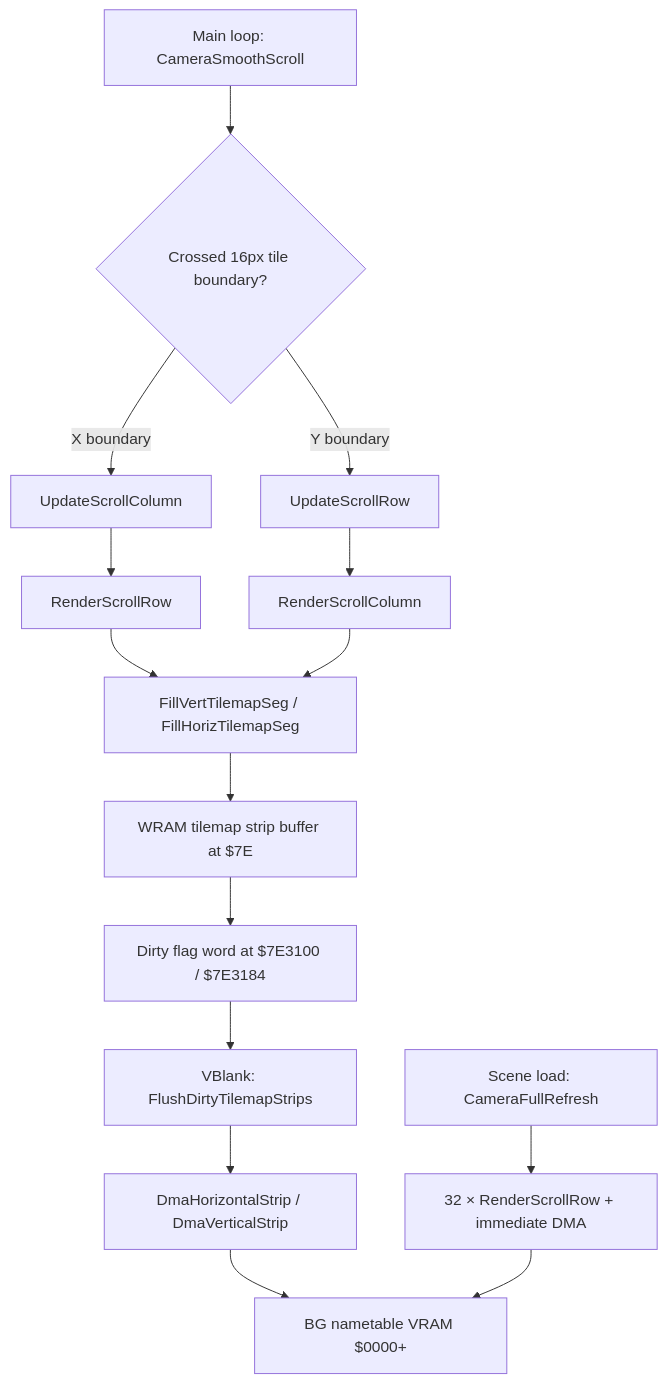
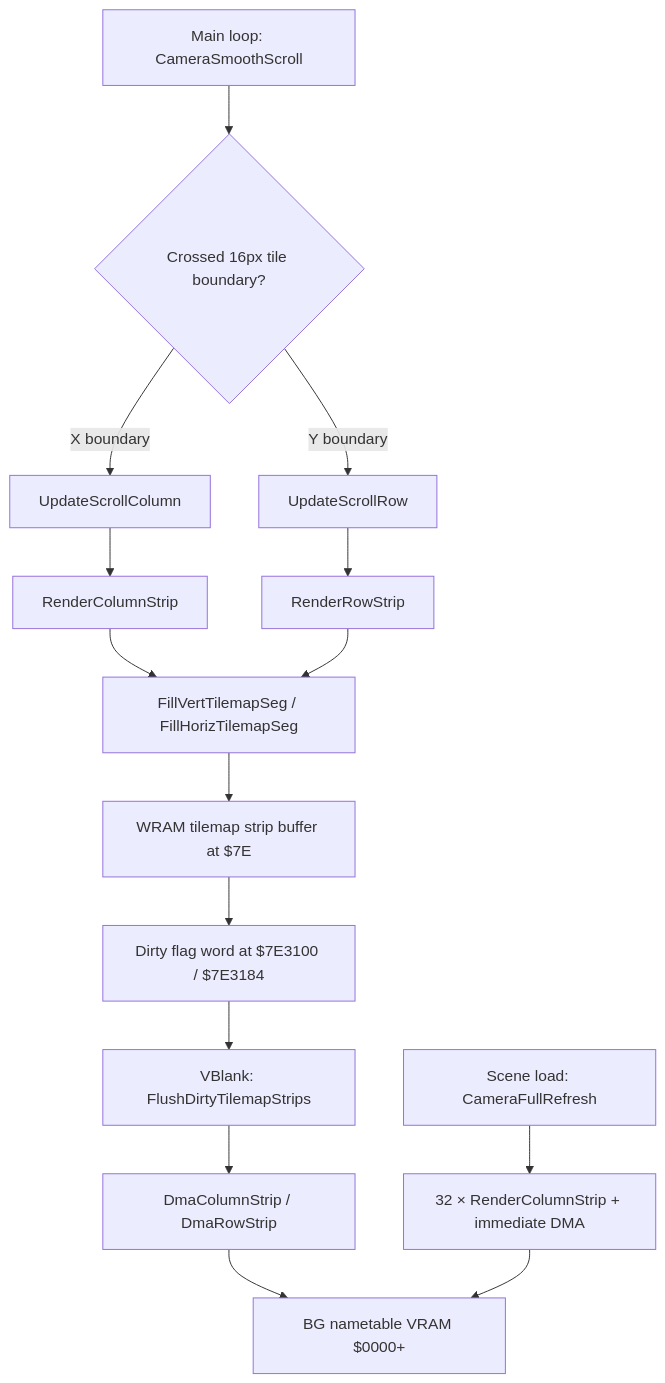
One commit to Azarem/gaia-iog-baserom changed the first of 2 diagrams in docs/code/bank02/camera-scrolling.md. Above: the diagram before and after it, drawn with Mermaid. The commit also changed other lines of this file and 228 other files, not shown here.

````diff
--- a/docs/code/bank02/camera-scrolling.md
+++ b/docs/code/bank02/camera-scrolling.md
@@ -77,17 +77,17 @@
 ```mermaid
 flowchart TD
     A[Main loop: CameraSmoothScroll] --> B{Crossed 16px tile boundary?}
     B -->|X boundary| C[UpdateScrollColumn]
     B -->|Y boundary| D[UpdateScrollRow]
-    C --> E[RenderScrollRow]
-    D --> F[RenderScrollColumn]
+    C --> E[RenderColumnStrip]
+    D --> F[RenderRowStrip]
     E --> G[FillVertTilemapSeg / FillHorizTilemapSeg]
     F --> G
     G --> H[WRAM tilemap strip buffer at $7E]
     H --> I[Dirty flag word at $7E3100 / $7E3184]
     I --> J[VBlank: FlushDirtyTilemapStrips]
-    J --> K[DmaHorizontalStrip / DmaVerticalStrip]
+    J --> K[DmaColumnStrip / DmaRowStrip]
     K --> L[BG nametable VRAM $0000+]
-    M[Scene load: CameraFullRefresh] --> N[32 × RenderScrollRow + immediate DMA]
+    M[Scene load: CameraFullRefresh] --> N[32 × RenderColumnStrip + immediate DMA]
     N --> L
 ```
````
